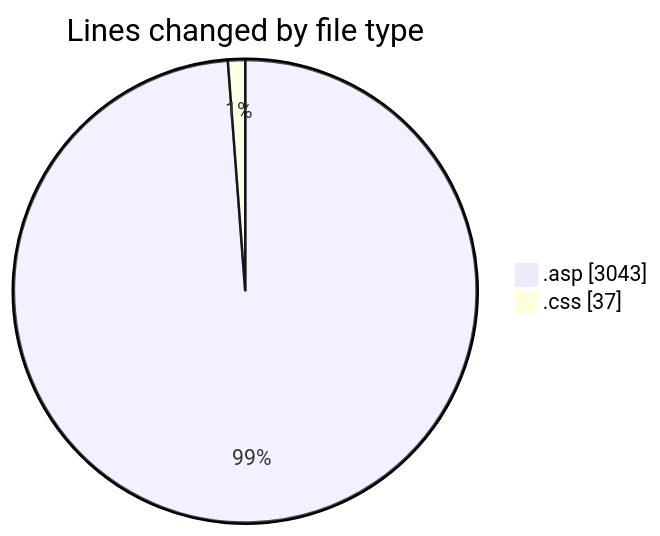
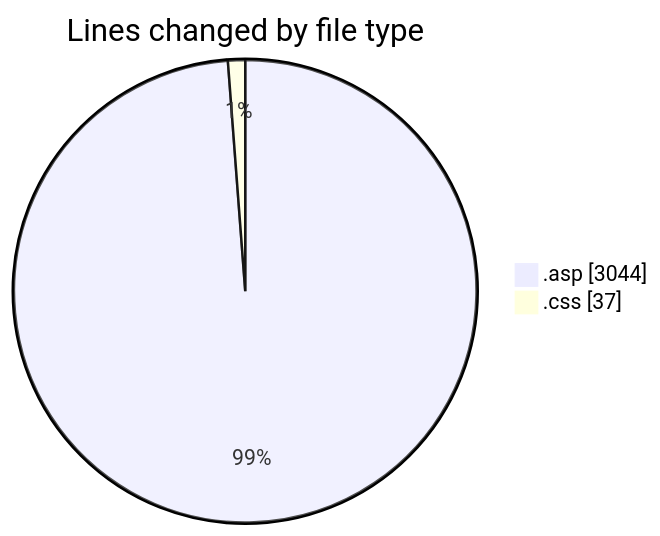
One commit to julien-gomy/code-tracking changed the first of 2 diagrams in 2025-11-02/cdp_aleoudev_fr__workspace_/README.md. Above: the diagram before and after it, drawn with Mermaid. The commit also changed other lines of this file and 1 other file, not shown here.

````diff
--- a/2025-11-02/cdp_aleoudev_fr__workspace_/README.md
+++ b/2025-11-02/cdp_aleoudev_fr__workspace_/README.md
@@ -23,6 +23,6 @@
 ```mermaid
 pie showData
 title Lines changed by file type
-".asp" : 3043
+".asp" : 3044
 ".css" : 37
 ```
````
